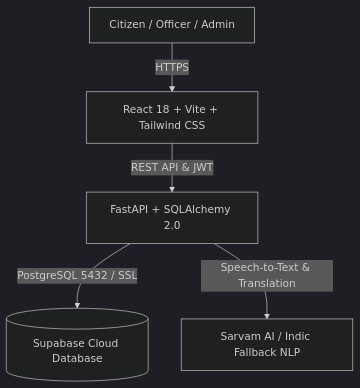
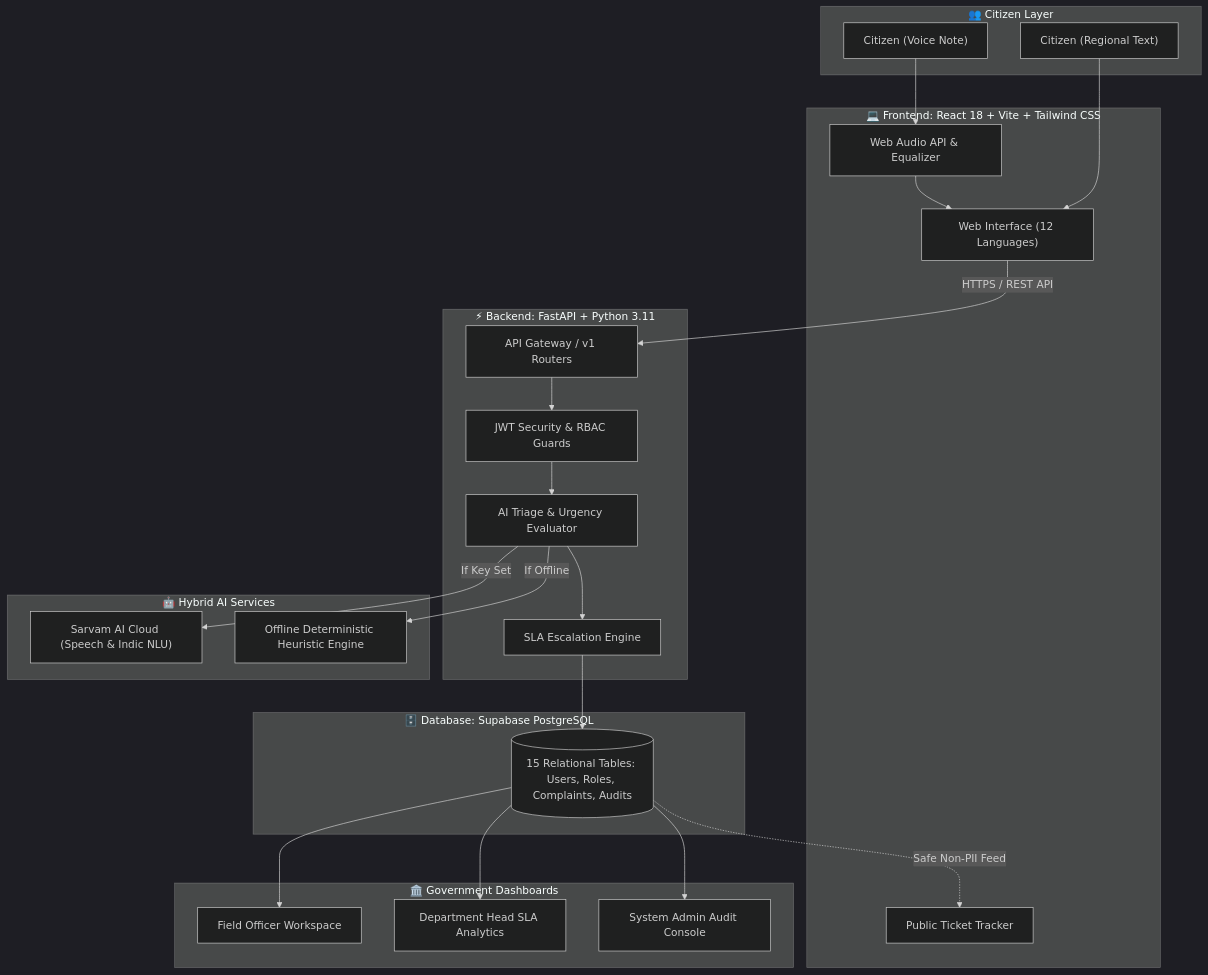
Before and after one commit to namdas-om/Jan-Sahayak-AI-Multilingual-Grievance-Platform: the first of 5 diagrams in README.md, drawn with Mermaid (dark theme). The commit also changed other lines of this file, not shown here.

Commit message:
docs: overhaul README to national hackathon standards with 22 structured sections, API specs, and ER architecture

````diff
--- a/README.md
+++ b/README.md
@@ -54,7 +111,49 @@
 ```mermaid
-graph TD
-    User["Citizen / Officer / Admin"] -->|HTTPS| Frontend["React 18 + Vite + Tailwind CSS"]
-    Frontend -->|REST API & JWT| Backend["FastAPI + SQLAlchemy 2.0"]
-    Backend -->|PostgreSQL 5432 / SSL| DB[("Supabase Cloud Database")]
-    Backend -->|Speech-to-Text & Translation| AI["Sarvam AI / Indic Fallback NLP"]
+flowchart TD
+    subgraph Citizens ["👥 Citizen Layer"]
+        C1["Citizen (Voice Note)"]
+        C2["Citizen (Regional Text)"]
+    end
+
+    subgraph Client ["💻 Frontend: React 18 + Vite + Tailwind CSS"]
+        UI["Web Interface (12 Languages)"]
+        Audio["Web Audio API & Equalizer"]
+        Track["Public Ticket Tracker"]
+    end
+
+    subgraph Server ["⚡ Backend: FastAPI + Python 3.11"]
+        Router["API Gateway / v1 Routers"]
+        Auth["JWT Security & RBAC Guards"]
+        Triage["AI Triage & Urgency Evaluator"]
+        Escalation["SLA Escalation Engine"]
+    end
+
+    subgraph AI_Layer ["🤖 Hybrid AI Services"]
+        Sarvam["Sarvam AI Cloud (Speech & Indic NLU)"]
+        Fallback["Offline Deterministic Heuristic Engine"]
+    end
+
+    subgraph Database ["🗄️ Database: Supabase PostgreSQL"]
+        Tables[("15 Relational Tables: Users, Roles, Complaints, Audits")]
+    end
+
+    subgraph Administration ["🏛️ Government Dashboards"]
+        Officer["Field Officer Workspace"]
+        Head["Department Head SLA Analytics"]
+        Admin["System Admin Audit Console"]
+    end
+
+    C1 --> Audio --> UI
+    C2 --> UI
+    UI -->|HTTPS / REST API| Router
+    Router --> Auth
+    Auth --> Triage
+    Triage -->|If Key Set| Sarvam
+    Triage -->|If Offline| Fallback
+    Triage --> Escalation
+    Escalation --> Tables
+    Tables --> Officer
+    Tables --> Head
+    Tables --> Admin
+    Tables -.->|Safe Non-PII Feed| Track
 ```
````
